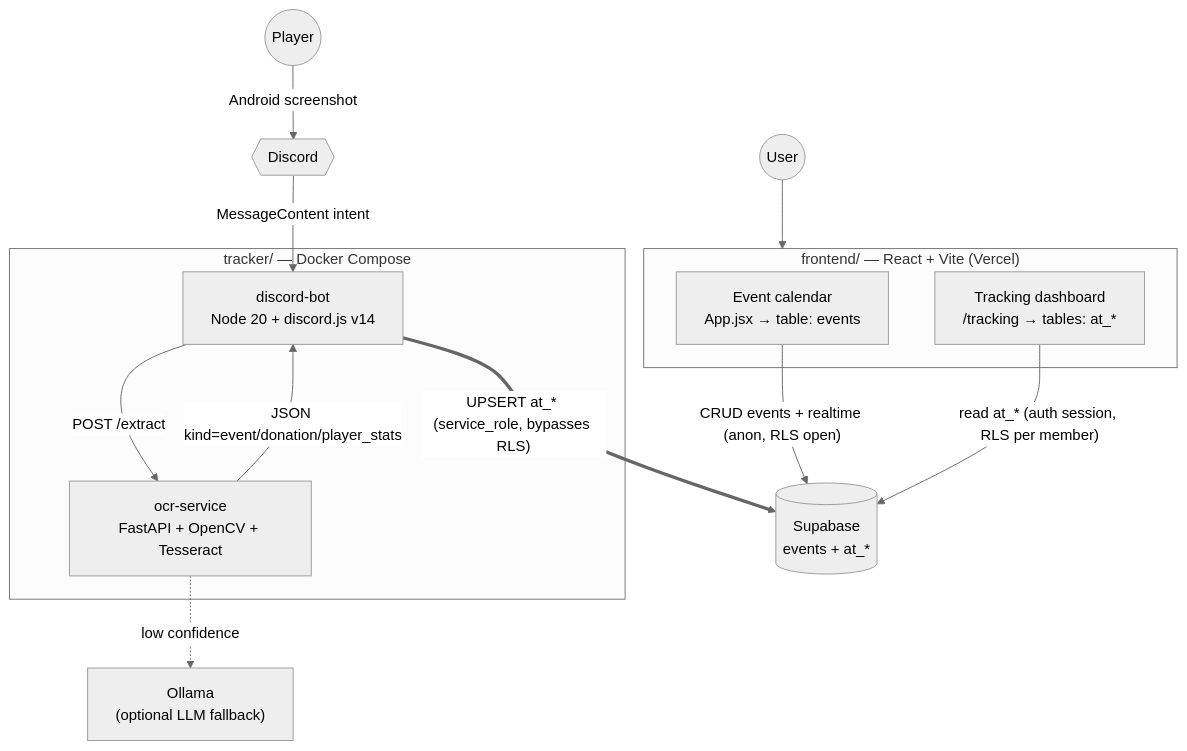
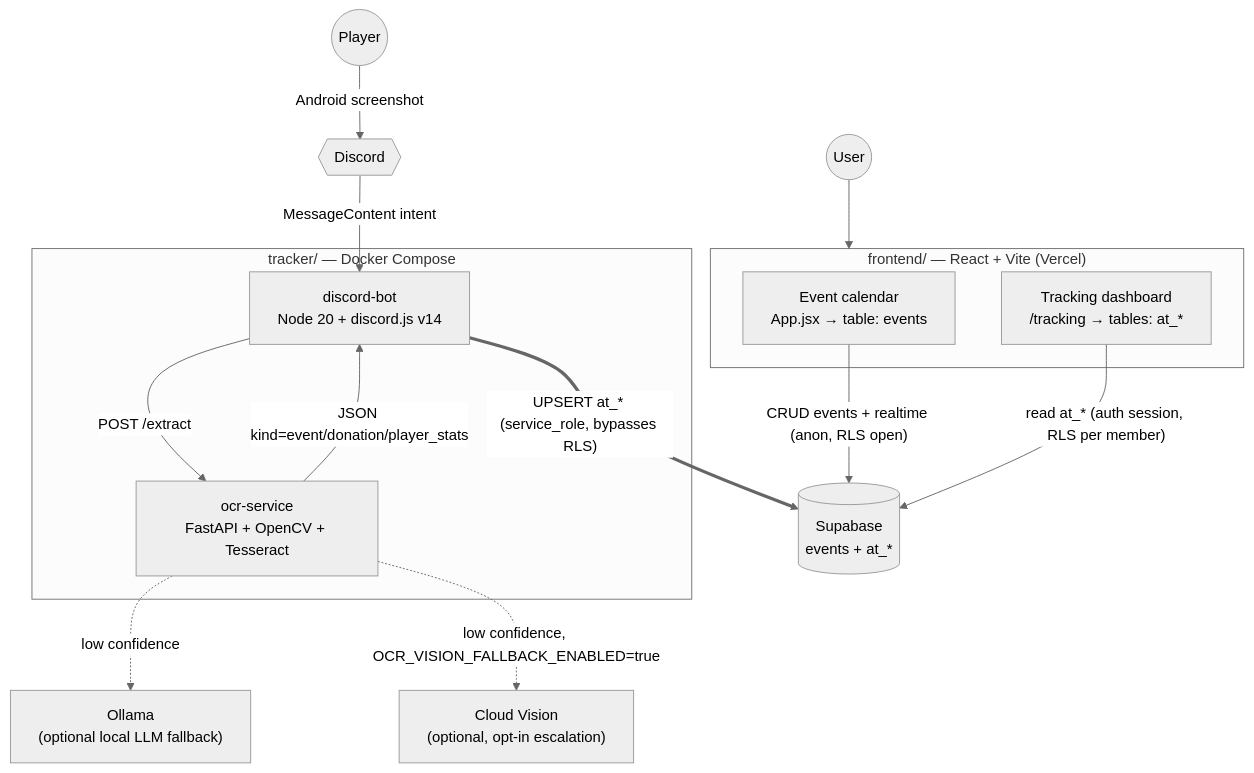
The diagram in docs/ARCHITECTURE.md (j2xr/aoz-alliance-starter), drawn with Mermaid (neutral theme) before and after one commit. The commit also changed other lines of this file and 3 other files, not shown here.

First line of the commit message:
docs: catch up SETUP/README/ARCHITECTURE with #81-#89 (Vision fallback, /review, /reprocess-line) (#90)

````diff
--- a/docs/ARCHITECTURE.md
+++ b/docs/ARCHITECTURE.md
@@ -14,30 +14,32 @@
 ```mermaid
 graph TB
     User((User))
     Player((Player))
 
     subgraph Frontend["frontend/ — React + Vite (Vercel)"]
         Calendar["Event calendar<br/>App.jsx → table: events"]
         Tracking["Tracking dashboard<br/>/tracking → tables: at_*"]
     end
 
     subgraph Tracker["tracker/ — Docker Compose"]
         Bot["discord-bot<br/>Node 20 + discord.js v14"]
         OCR["ocr-service<br/>FastAPI + OpenCV + Tesseract"]
     end
 
     Discord{{Discord}}
-    Ollama["Ollama<br/>(optional LLM fallback)"]
+    Ollama["Ollama<br/>(optional local LLM fallback)"]
+    Vision["Cloud Vision<br/>(optional, opt-in escalation)"]
     Supabase[("Supabase<br/>events + at_*")]
 
     User --> Frontend
     Calendar -->|"CRUD events + realtime (anon, RLS open)"| Supabase
     Tracking -->|"read at_* (auth session, RLS per member)"| Supabase
 
     Player -->|Android screenshot| Discord
     Discord -->|MessageContent intent| Bot
     Bot -->|POST /extract| OCR
     OCR -->|JSON kind=event/donation/player_stats| Bot
     OCR -.->|low confidence| Ollama
+    OCR -.->|"low confidence, OCR_VISION_FALLBACK_ENABLED=true"| Vision
     Bot ==>|"UPSERT at_* (service_role, bypasses RLS)"| Supabase
 ```
````
